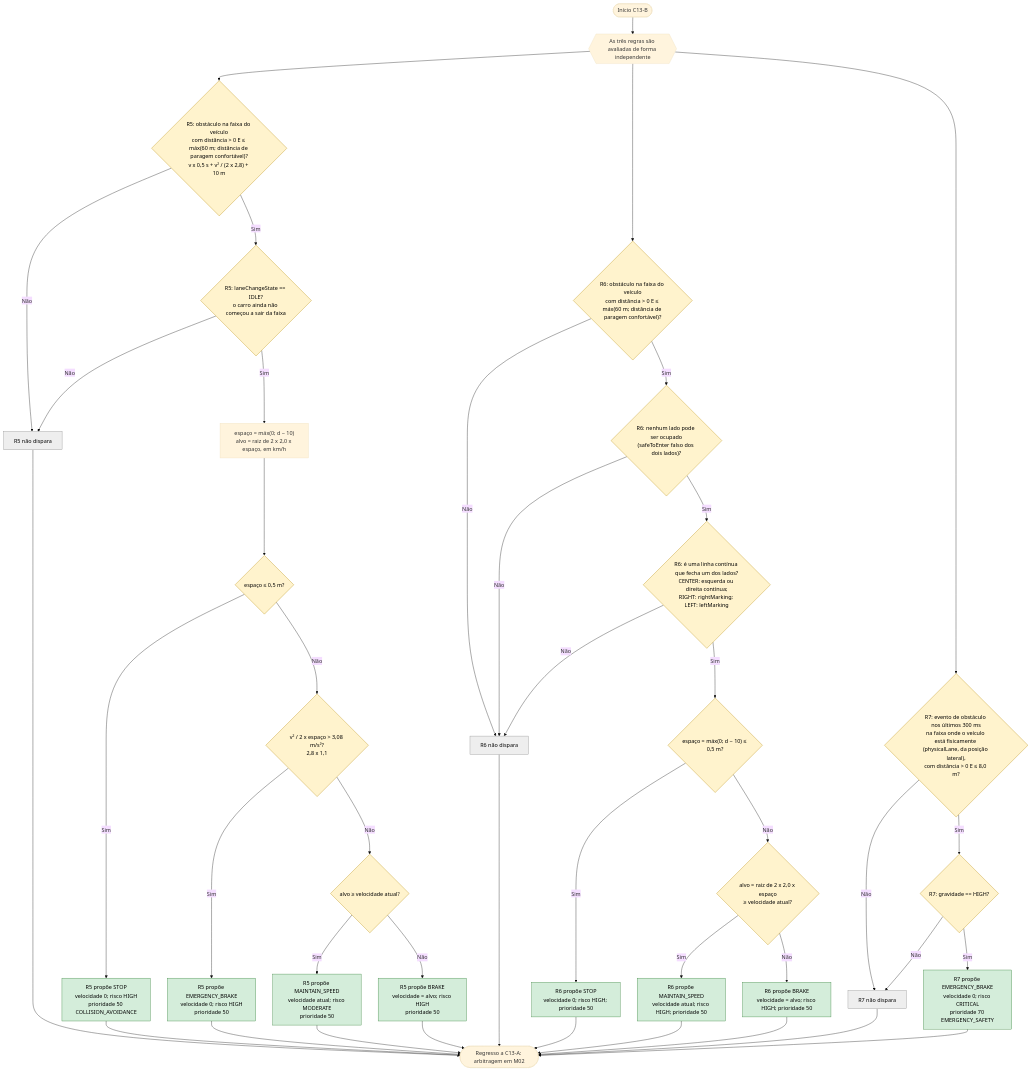
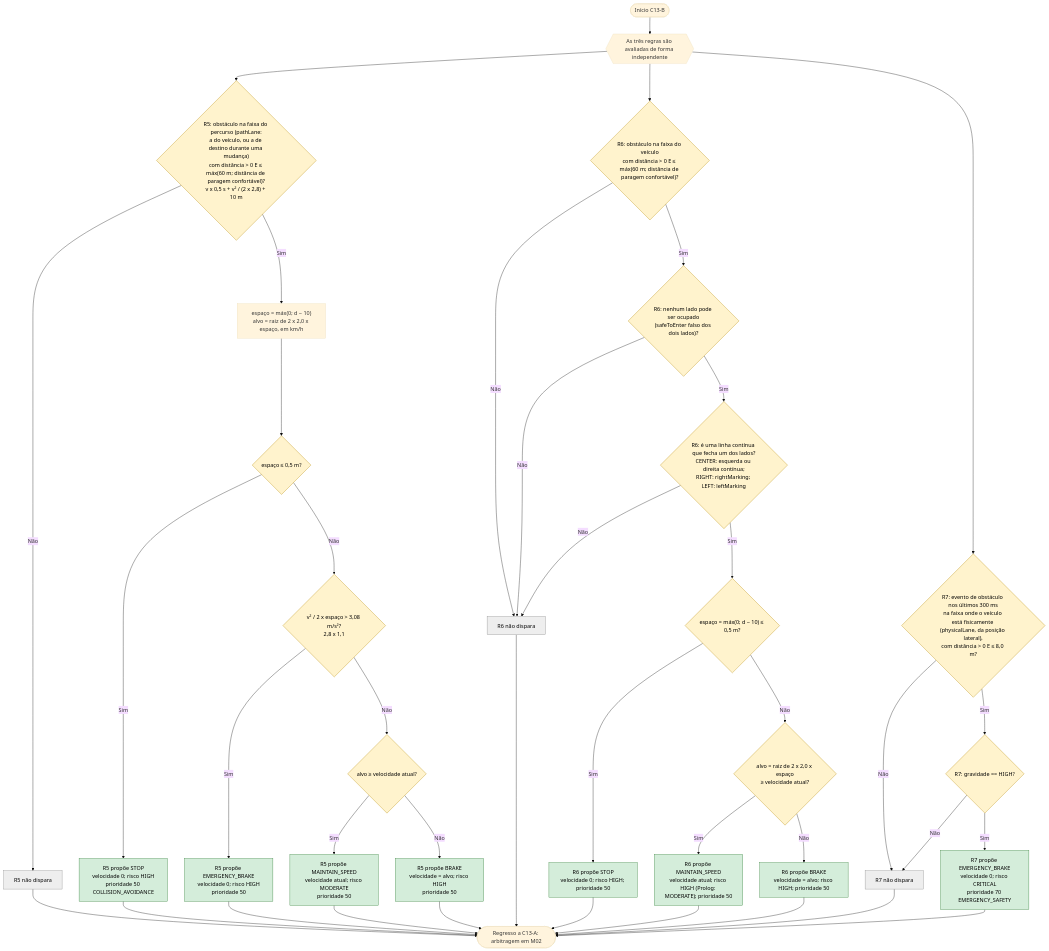
One commit to 1-2Drive/projeto-1 changed the second of 2 diagrams in docs/fluxogramas/C13-obstaculo-na-via.md. Above: the diagram before and after it, drawn with Mermaid (base theme). The commit also changed other lines of this file and 38 other files, not shown here.

````diff
--- a/docs/fluxogramas/C13-obstaculo-na-via.md
+++ b/docs/fluxogramas/C13-obstaculo-na-via.md
@@ -64,55 +64,53 @@
 ```mermaid
 flowchart TD
     C13B_S(["Início C13-B"]) --> C13B_F{{"As três regras são avaliadas de forma independente"}}
 
-    C13B_F --> C13B_D1{"R5: obstáculo na faixa do veículo<br/>com distância #gt; 0 E ≤ máx(60 m; distância de paragem confortável)?<br/>v x 0,5 s + v² / (2 x 2,8) + 10 m"}
+    C13B_F --> C13B_D1{"R5: obstáculo na faixa do percurso (pathLane:<br/>a do veículo, ou a de destino durante uma mudança)<br/>com distância #gt; 0 E ≤ máx(60 m; distância de paragem confortável)?<br/>v x 0,5 s + v² / (2 x 2,8) + 10 m"}
     C13B_D1 -- "Não" --> C13B_X5["R5 não dispara"]
-    C13B_D1 -- "Sim" --> C13B_D2{"R5: laneChangeState == IDLE?<br/>o carro ainda não começou a sair da faixa"}
-    C13B_D2 -- "Não" --> C13B_X5
-    C13B_D2 -- "Sim" --> C13B_C5["espaço = máx(0; d − 10)<br/>alvo = raiz de 2 x 2,0 x espaço, em km/h"]
+    C13B_D1 -- "Sim" --> C13B_C5["espaço = máx(0; d − 10)<br/>alvo = raiz de 2 x 2,0 x espaço, em km/h"]
     C13B_C5 --> C13B_D3{"espaço ≤ 0,5 m?"}
     C13B_D3 -- "Sim" --> C13B_P5a["R5 propõe STOP<br/>velocidade 0; risco HIGH<br/>prioridade 50 COLLISION_AVOIDANCE"]
     C13B_D3 -- "Não" --> C13B_D4{"v² / 2 x espaço #gt; 3,08 m/s²?<br/>2,8 x 1,1"}
     C13B_D4 -- "Sim" --> C13B_P5b["R5 propõe EMERGENCY_BRAKE<br/>velocidade 0; risco HIGH<br/>prioridade 50"]
     C13B_D4 -- "Não" --> C13B_D4b{"alvo ≥ velocidade atual?"}
     C13B_D4b -- "Sim" --> C13B_P5d["R5 propõe MAINTAIN_SPEED<br/>velocidade atual; risco MODERATE<br/>prioridade 50"]
     C13B_D4b -- "Não" --> C13B_P5c["R5 propõe BRAKE<br/>velocidade = alvo; risco HIGH<br/>prioridade 50"]
 
     C13B_F --> C13B_D6{"R6: obstáculo na faixa do veículo<br/>com distância #gt; 0 E ≤ máx(60 m; distância de paragem confortável)?"}
     C13B_D6 -- "Não" --> C13B_X6["R6 não dispara"]
     C13B_D6 -- "Sim" --> C13B_D5{"R6: nenhum lado pode ser ocupado<br/>(safeToEnter falso dos dois lados)?"}
     C13B_D5 -- "Não" --> C13B_X6
     C13B_D5 -- "Sim" --> C13B_D7{"R6: é uma linha contínua que fecha um dos lados?<br/>CENTER: esquerda ou direita contínua;<br/>RIGHT: rightMarking; LEFT: leftMarking"}
     C13B_D7 -- "Não" --> C13B_X6
     C13B_D7 -- "Sim" --> C13B_D8{"espaço = máx(0; d − 10) ≤ 0,5 m?"}
     C13B_D8 -- "Sim" --> C13B_P6a["R6 propõe STOP<br/>velocidade 0; risco HIGH; prioridade 50"]
     C13B_D8 -- "Não" --> C13B_D8b{"alvo = raiz de 2 x 2,0 x espaço<br/>≥ velocidade atual?"}
-    C13B_D8b -- "Sim" --> C13B_P6c["R6 propõe MAINTAIN_SPEED<br/>velocidade atual; risco HIGH; prioridade 50"]
+    C13B_D8b -- "Sim" --> C13B_P6c["R6 propõe MAINTAIN_SPEED<br/>velocidade atual; risco HIGH (Prolog: MODERATE); prioridade 50"]
     C13B_D8b -- "Não" --> C13B_P6b["R6 propõe BRAKE<br/>velocidade = alvo; risco HIGH; prioridade 50"]
 
     C13B_F --> C13B_D9{"R7: evento de obstáculo nos últimos 300 ms<br/>na faixa onde o veículo está fisicamente (physicalLane, da posição lateral),<br/>com distância #gt; 0 E ≤ 8,0 m?"}
     C13B_D9 -- "Não" --> C13B_X7["R7 não dispara"]
     C13B_D9 -- "Sim" --> C13B_D10{"R7: gravidade == HIGH?"}
     C13B_D10 -- "Não" --> C13B_X7
     C13B_D10 -- "Sim" --> C13B_P7["R7 propõe EMERGENCY_BRAKE<br/>velocidade 0; risco CRITICAL<br/>prioridade 70 EMERGENCY_SAFETY"]
 
     C13B_P5a --> C13B_E(["Regresso a C13-A: arbitragem em M02"])
     C13B_P5b --> C13B_E
     C13B_P5c --> C13B_E
     C13B_P5d --> C13B_E
     C13B_P6a --> C13B_E
     C13B_P6b --> C13B_E
     C13B_P6c --> C13B_E
     C13B_P7 --> C13B_E
     C13B_X5 --> C13B_E
     C13B_X6 --> C13B_E
     C13B_X7 --> C13B_E
 
     classDef prob fill:#e53935,stroke:#7f0000,stroke-width:3px,color:#fff
     classDef dec fill:#fff3cd,stroke:#b58900,color:#000
     classDef prop fill:#d4edda,stroke:#2e7d32,color:#000
     classDef nao fill:#eeeeee,stroke:#888888,color:#000
-    class C13B_D1,C13B_D2,C13B_D3,C13B_D4,C13B_D4b,C13B_D5,C13B_D6,C13B_D7,C13B_D8,C13B_D8b,C13B_D9,C13B_D10 dec
+    class C13B_D1,C13B_D3,C13B_D4,C13B_D4b,C13B_D5,C13B_D6,C13B_D7,C13B_D8,C13B_D8b,C13B_D9,C13B_D10 dec
     class C13B_P5a,C13B_P5b,C13B_P5c,C13B_P5d,C13B_P6a,C13B_P6b,C13B_P6c,C13B_P7 prop
     class C13B_X5,C13B_X6,C13B_X7 nao
 ```
````
